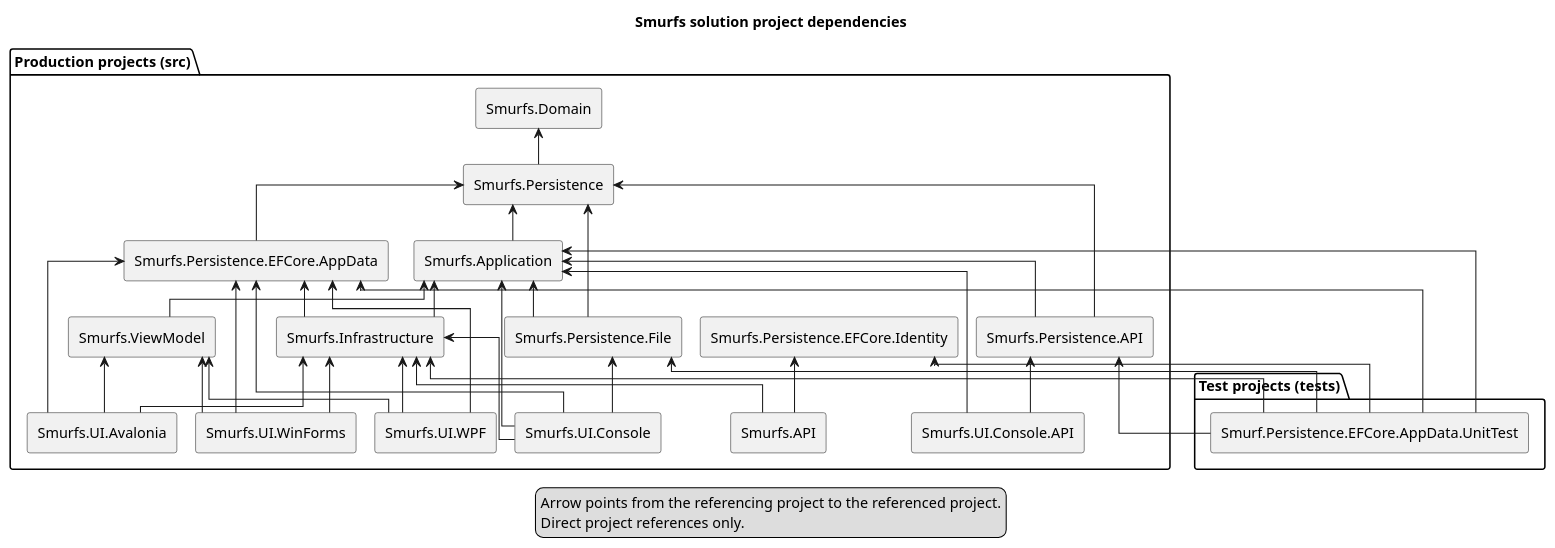
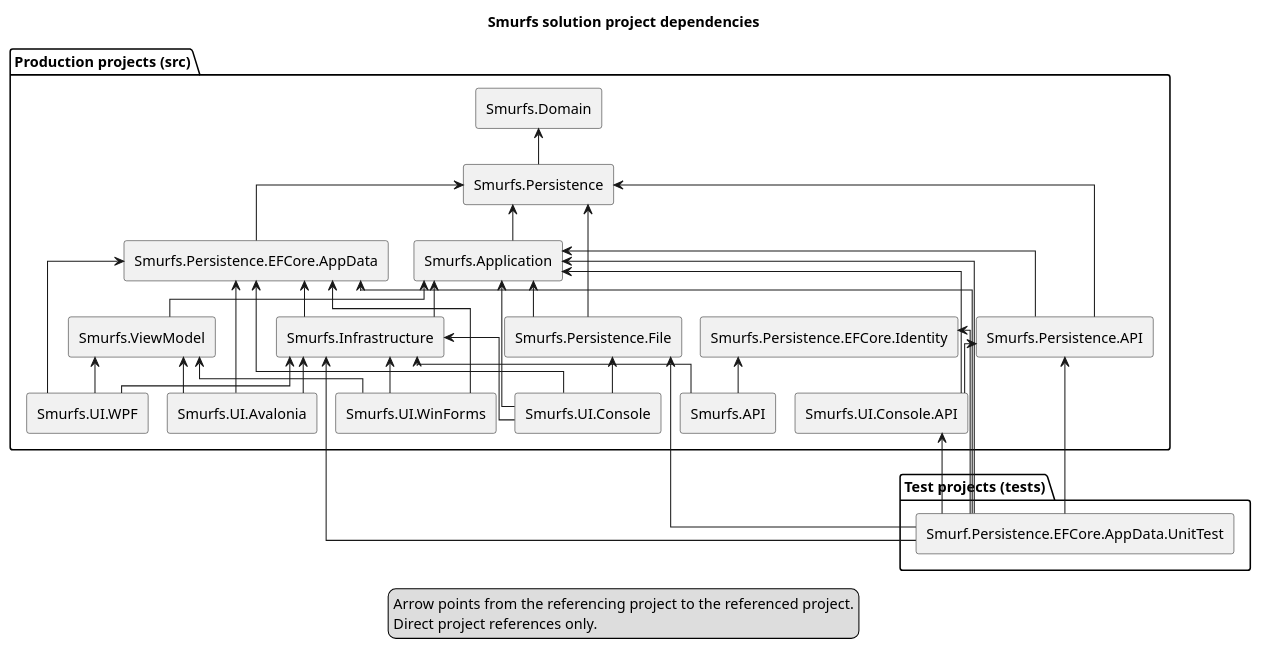
Before and after one commit to EbbeMeloSorensen/Smurfs: the diagram in docs/structural/diagrams/project-dependencies.puml, drawn with PlantUML. The commit also changed 28 other files, not shown here.

Commit message:
Align API console commands and persist endpoint-scoped login

```diff
--- a/docs/structural/diagrams/project-dependencies.puml
+++ b/docs/structural/diagrams/project-dependencies.puml
@@ -1,71 +1,73 @@
 @startuml
 title Smurfs solution project dependencies
 ' Keep nodes and arrows aligned with Smurfs.sln and direct ProjectReference items.
 skinparam componentStyle rectangle
 skinparam linetype ortho
 skinparam nodesep 18
 skinparam ranksep 35
 
 package "Production projects (src)" {
   component "Smurfs.API" as Smurfs_API
   component "Smurfs.Application" as Smurfs_Application
   component "Smurfs.Domain" as Smurfs_Domain
   component "Smurfs.Infrastructure" as Smurfs_Infrastructure
   component "Smurfs.Persistence" as Smurfs_Persistence
   component "Smurfs.Persistence.EFCore.AppData" as Smurfs_Persistence_EFCore_AppData
   component "Smurfs.Persistence.API" as Smurfs_Persistence_API
   component "Smurfs.UI.Console.API" as Smurfs_UI_Console_API
   component "Smurfs.Persistence.File" as Smurfs_Persistence_File
   component "Smurfs.Persistence.EFCore.Identity" as Smurfs_Persistence_EFCore_Identity
   component "Smurfs.UI.Avalonia" as Smurfs_UI_Avalonia
   component "Smurfs.UI.Console" as Smurfs_UI_Console
   component "Smurfs.UI.WinForms" as Smurfs_UI_WinForms
   component "Smurfs.UI.WPF" as Smurfs_UI_WPF
   component "Smurfs.ViewModel" as Smurfs_ViewModel
 }
 
 package "Test projects (tests)" {
   component "Smurf.Persistence.EFCore.AppData.UnitTest" as Smurf_Persistence_EFCore_AppData_UnitTest
 }
 
 Smurfs_API -up-> Smurfs_Infrastructure
 Smurfs_Application -up-> Smurfs_Persistence
 Smurfs_Infrastructure -up-> Smurfs_Application
 Smurfs_Infrastructure -up-> Smurfs_Persistence_EFCore_AppData
 Smurfs_API -up-> Smurfs_Persistence_EFCore_Identity
 Smurfs_Persistence -up-> Smurfs_Domain
 Smurfs_Persistence_EFCore_AppData -up-> Smurfs_Persistence
 Smurfs_UI_Avalonia -up-> Smurfs_Infrastructure
 Smurfs_UI_Avalonia -up-> Smurfs_Persistence_EFCore_AppData
 Smurfs_UI_Avalonia -up-> Smurfs_ViewModel
 Smurfs_UI_Console -up-> Smurfs_Application
 Smurfs_UI_Console -up-> Smurfs_Infrastructure
 Smurfs_UI_Console -up-> Smurfs_Persistence_EFCore_AppData
 Smurfs_UI_WinForms -up-> Smurfs_Infrastructure
 Smurfs_UI_WinForms -up-> Smurfs_Persistence_EFCore_AppData
 Smurfs_UI_WinForms -up-> Smurfs_ViewModel
 Smurfs_UI_WPF -up-> Smurfs_Infrastructure
 Smurfs_UI_WPF -up-> Smurfs_Persistence_EFCore_AppData
 Smurfs_UI_WPF -up-> Smurfs_ViewModel
 Smurfs_ViewModel -up-> Smurfs_Application
 Smurf_Persistence_EFCore_AppData_UnitTest -up-> Smurfs_Infrastructure
 Smurf_Persistence_EFCore_AppData_UnitTest -up-> Smurfs_Application
 Smurf_Persistence_EFCore_AppData_UnitTest -up-> Smurfs_Persistence_EFCore_AppData
 Smurf_Persistence_EFCore_AppData_UnitTest -up-> Smurfs_Persistence_EFCore_Identity
 
 Smurfs_Persistence_File -up-> Smurfs_Persistence
 Smurfs_Persistence_File -up-> Smurfs_Application
 Smurfs_UI_Console -up-> Smurfs_Persistence_File
 Smurf_Persistence_EFCore_AppData_UnitTest -up-> Smurfs_Persistence_File
 
 Smurfs_Persistence_API -up-> Smurfs_Persistence
 Smurfs_Persistence_API -up-> Smurfs_Application
 Smurfs_UI_Console_API -up-> Smurfs_Persistence_API
 Smurfs_UI_Console_API -up-> Smurfs_Application
 Smurf_Persistence_EFCore_AppData_UnitTest -up-> Smurfs_Persistence_API
 
+Smurf_Persistence_EFCore_AppData_UnitTest -up-> Smurfs_UI_Console_API
+
 legend bottom
   Arrow points from the referencing project to the referenced project.
   Direct project references only.
 endlegend
 @enduml
```
